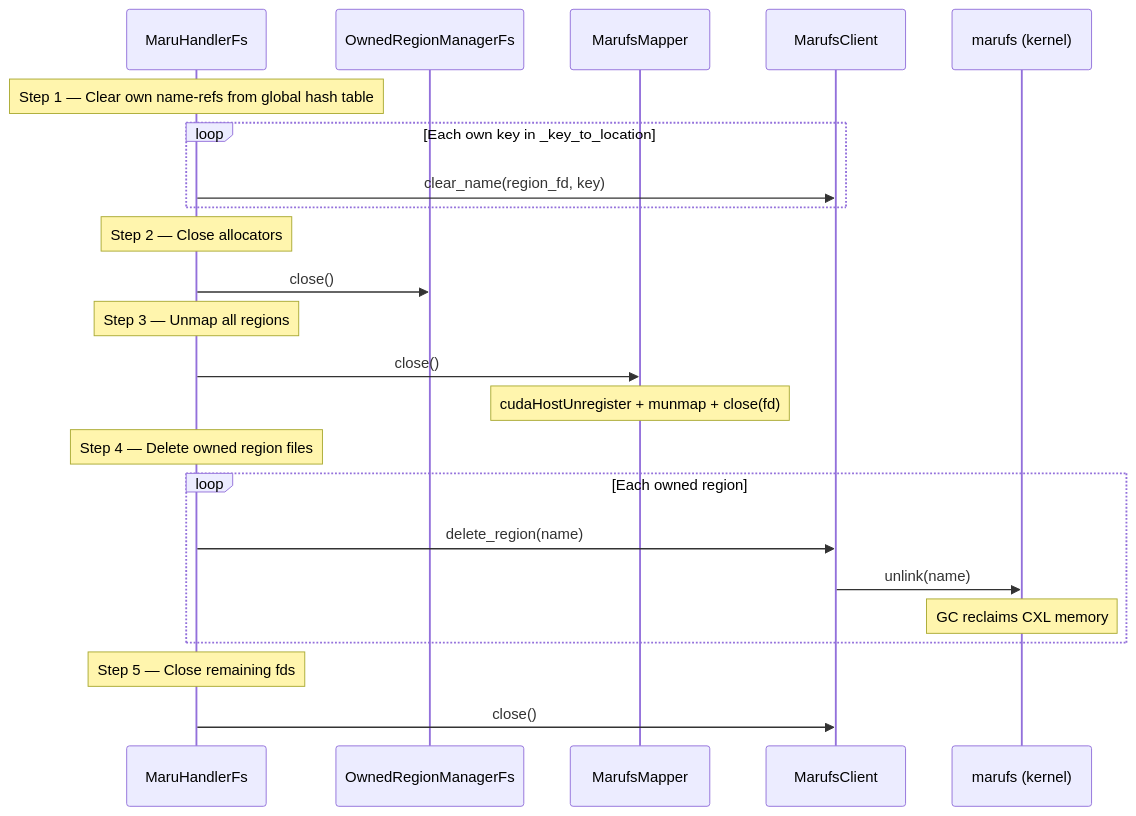
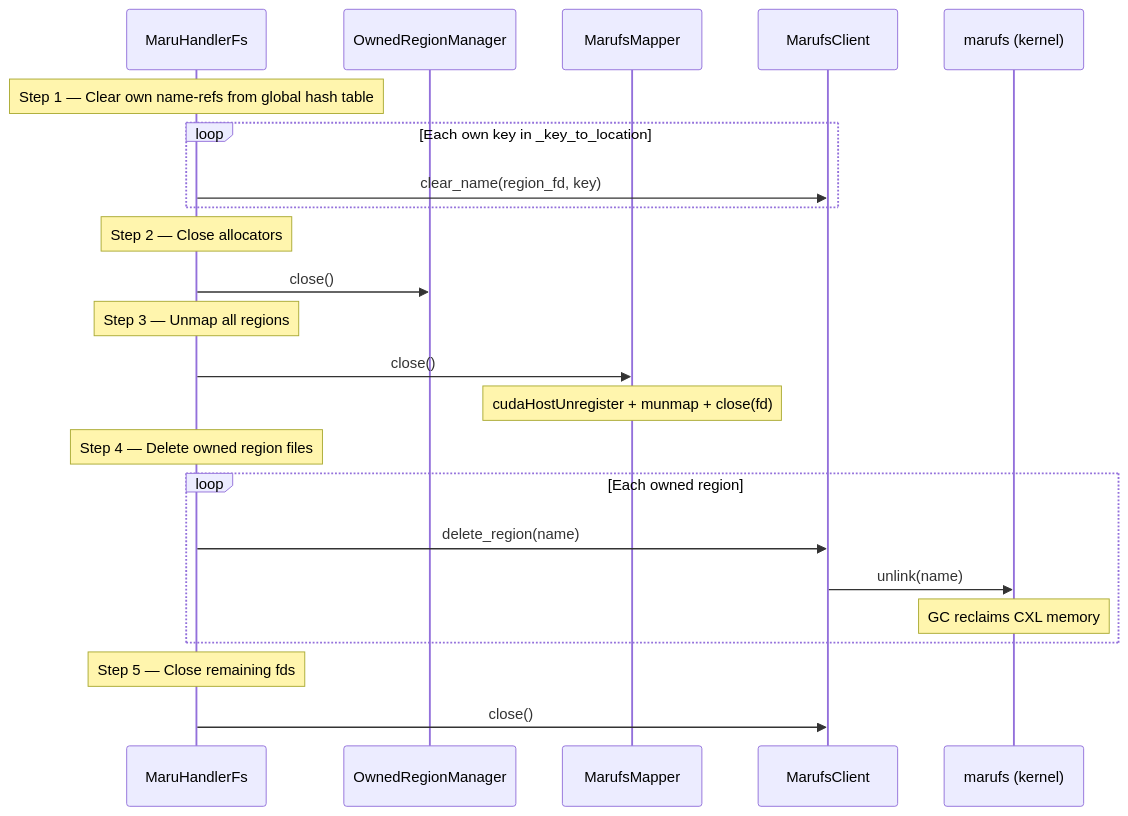
The seventh of 9 diagrams in docs/source/design_doc/maru_fs.md (xcena-dev/maru), drawn with Mermaid before and after one commit. The commit also changed other lines of this file and 10 other files, not shown here.

First line of the commit message:
refactor: unify OwnedRegionManager for both RPC and FS modes

````diff
--- a/docs/source/design_doc/maru_fs.md
+++ b/docs/source/design_doc/maru_fs.md
@@ -256,30 +256,30 @@
 ```mermaid
 sequenceDiagram
     participant H as MaruHandlerFs
-    participant ORM as OwnedRegionManagerFs
+    participant ORM as OwnedRegionManager
     participant XM as MarufsMapper
     participant XC as MarufsClient
     participant K as marufs (kernel)
 
     Note over H: Step 1 — Clear own name-refs from global hash table
     loop Each own key in _key_to_location
         H->>XC: clear_name(region_fd, key)
     end
 
     Note over H: Step 2 — Close allocators
     H->>ORM: close()
 
     Note over H: Step 3 — Unmap all regions
     H->>XM: close()
     Note over XM: cudaHostUnregister + munmap + close(fd)
 
     Note over H: Step 4 — Delete owned region files
     loop Each owned region
         H->>XC: delete_region(name)
         XC->>K: unlink(name)
         Note over K: GC reclaims CXL memory
     end
 
     Note over H: Step 5 — Close remaining fds
     H->>XC: close()
 ```
````
